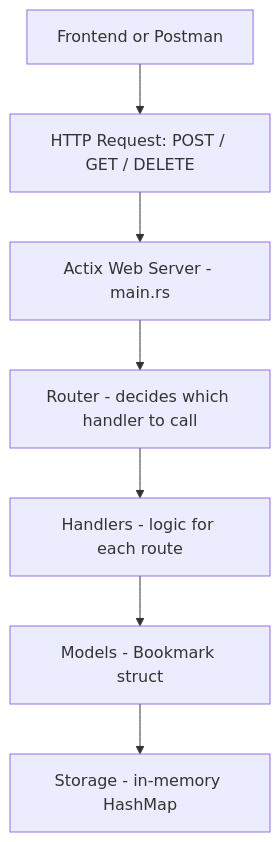
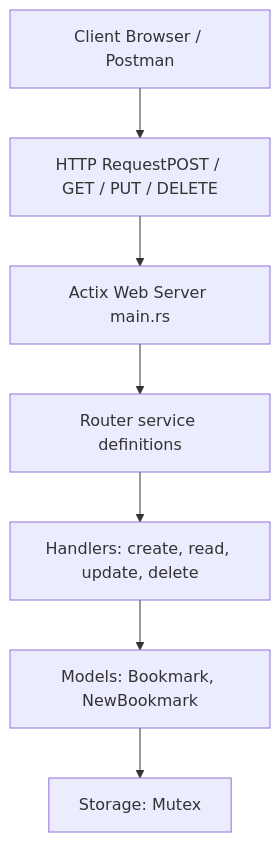
Before and after one commit to AdityaP700/bookmark_api: the diagram in README.md, drawn with Mermaid. The commit also changed other lines of this file, not shown here.

````diff
--- a/README.md
+++ b/README.md
@@ -29,9 +45,13 @@
 ```mermaid
 flowchart TD
-    A[Frontend or Postman] --> B[HTTP Request: POST / GET / DELETE]
-    B --> C[Actix Web Server - main.rs]
-    C --> D[Router - decides which handler to call]
-    D --> E[Handlers - logic for each route]
-    E --> F[Models - Bookmark struct]
-    F --> G[Storage - in-memory HashMap]
+    A:[Client Browser / Postman ]-->B[HTTP RequestPOST / GET / PUT / DELETE]
+    B --> C[Actix Web Server main.rs]
+    C --> D[Router service definitions]
+    D --> E[Handlers: create, read, update, delete]
+    E --> F[Models: Bookmark, NewBookmark]
+    F --> G[Storage: Mutex]
+    %% Future layers
+    %% G --> H[SQLite / Postgres via SQLx]
+    %% G --> I[JWT Auth / OAuth2]
+    %% G --> J[WebSocket / GraphQL Layer]
 ```
````
